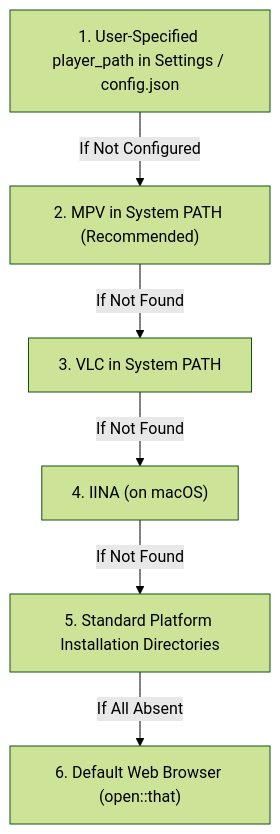
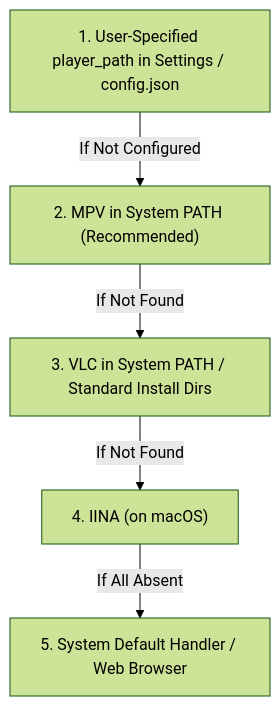
The first of 2 diagrams in docs/video_playback.md (clockworkengineer/youtube-client), drawn with Mermaid (forest theme) before and after one commit. The commit also changed other lines of this file and 42 other files, not shown here.

````diff
--- a/docs/video_playback.md
+++ b/docs/video_playback.md
@@ -46,8 +50,7 @@
 ```mermaid
 graph TD
     P1["1. User-Specified player_path in Settings / config.json"] -->|If Not Configured| P2["2. MPV in System PATH (Recommended)"]
-    P2 -->|If Not Found| P3["3. VLC in System PATH"]
+    P2 -->|If Not Found| P3["3. VLC in System PATH / Standard Install Dirs"]
     P3 -->|If Not Found| P4["4. IINA (on macOS)"]
-    P4 -->|If Not Found| P5["5. Standard Platform Installation Directories"]
-    P5 -->|If All Absent| P6["6. Default Web Browser (open::that)"]
+    P4 -->|If All Absent| P5["5. System Default Handler / Web Browser"]
 ```
````
